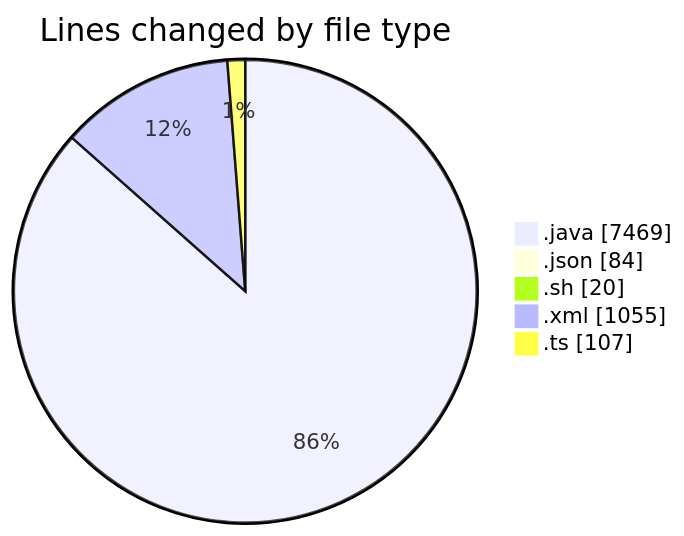
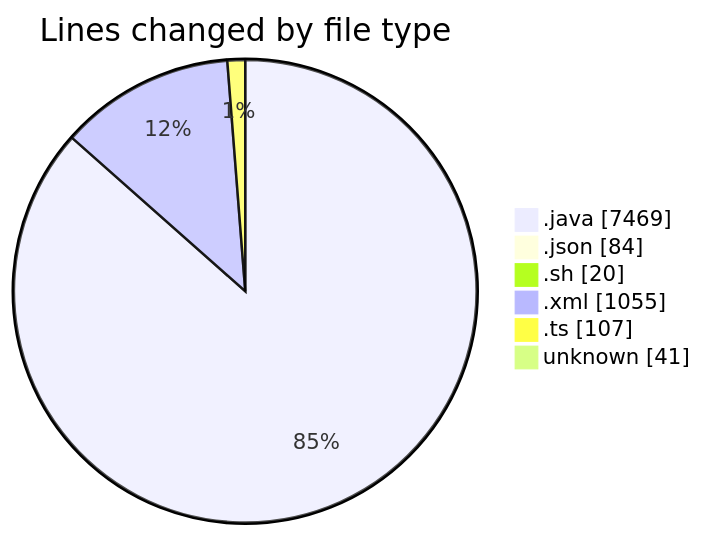
One commit to charlie-sans/code-tracking changed the first of 2 diagrams in 2025-02-23/micros/README.md. Above: the diagram before and after it, drawn with Mermaid. The commit also changed other lines of this file and 1 other file, not shown here.

````diff
--- a/2025-02-23/micros/README.md
+++ b/2025-02-23/micros/README.md
@@ -53,9 +54,10 @@
 ```mermaid
 pie showData
 title Lines changed by file type
 ".java" : 7469
 ".json" : 84
 ".sh" : 20
 ".xml" : 1055
 ".ts" : 107
+"unknown" : 41
 ```
````
